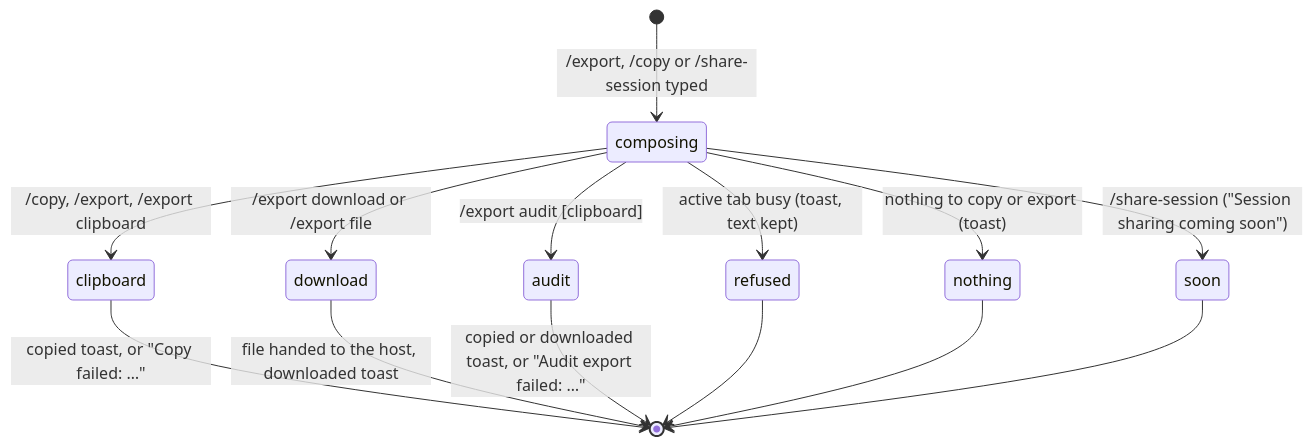
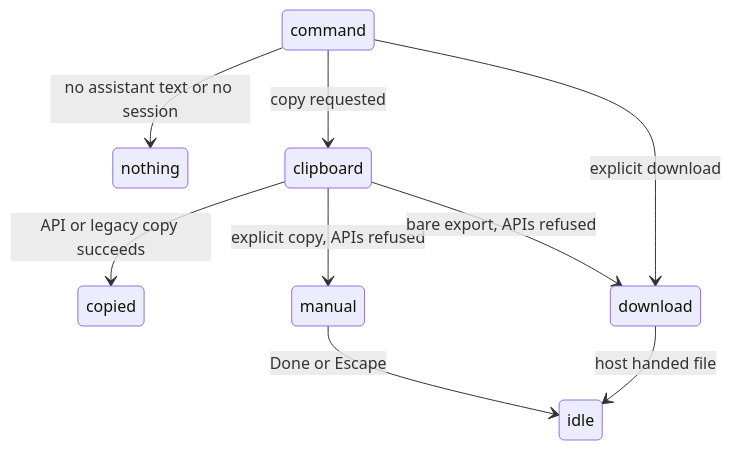
One commit to tmustier/pi-for-excel changed the diagram in product-description/sessions/export-and-copy.md. Above: the diagram before and after it, drawn with Mermaid. The commit also changed other lines of this file and 10 other files, not shown here.

````diff
--- a/product-description/sessions/export-and-copy.md
+++ b/product-description/sessions/export-and-copy.md
@@ -23,16 +15,11 @@
 ```mermaid
 stateDiagram-v2
-    [*] --> composing : /export, /copy or /share-session typed
-    composing --> refused : active tab busy (toast, text kept)
-    composing --> nothing : nothing to copy or export (toast)
-    composing --> clipboard : /copy, /export, /export clipboard
-    composing --> download : /export download or /export file
-    composing --> audit : /export audit [clipboard]
-    composing --> soon : /share-session ("Session sharing coming soon")
-    clipboard --> [*] : copied toast, or "Copy failed: …"
-    download --> [*] : file handed to the host, downloaded toast
-    audit --> [*] : copied or downloaded toast, or "Audit export failed: …"
-    refused --> [*]
-    nothing --> [*]
-    soon --> [*]
+    command --> nothing : no assistant text or no session
+    command --> clipboard : copy requested
+    clipboard --> copied : API or legacy copy succeeds
+    clipboard --> manual : explicit copy, APIs refused
+    clipboard --> download : bare export, APIs refused
+    command --> download : explicit download
+    manual --> idle : Done or Escape
+    download --> idle : host handed file
 ```
````
